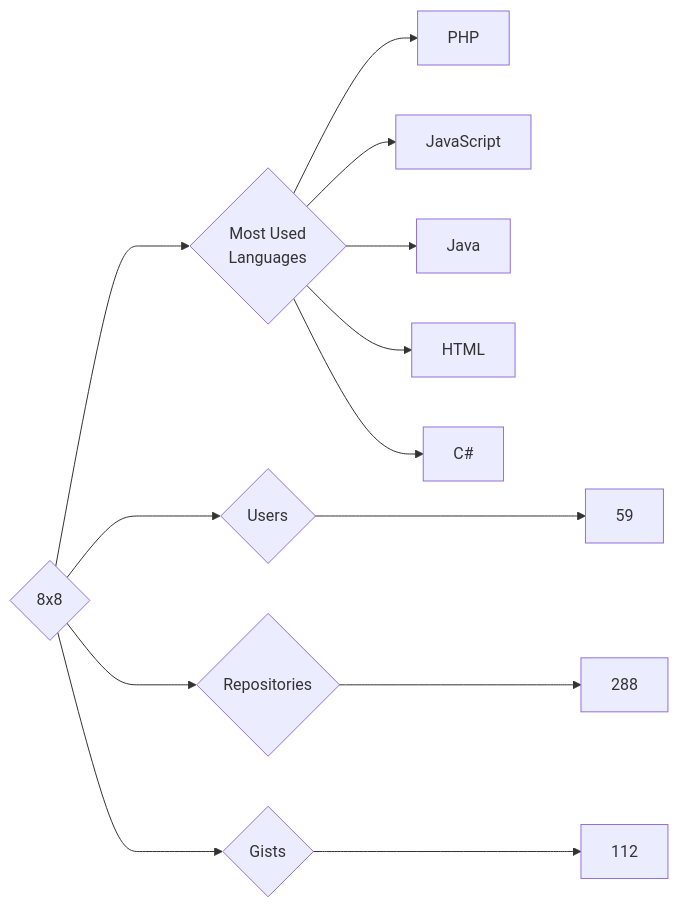
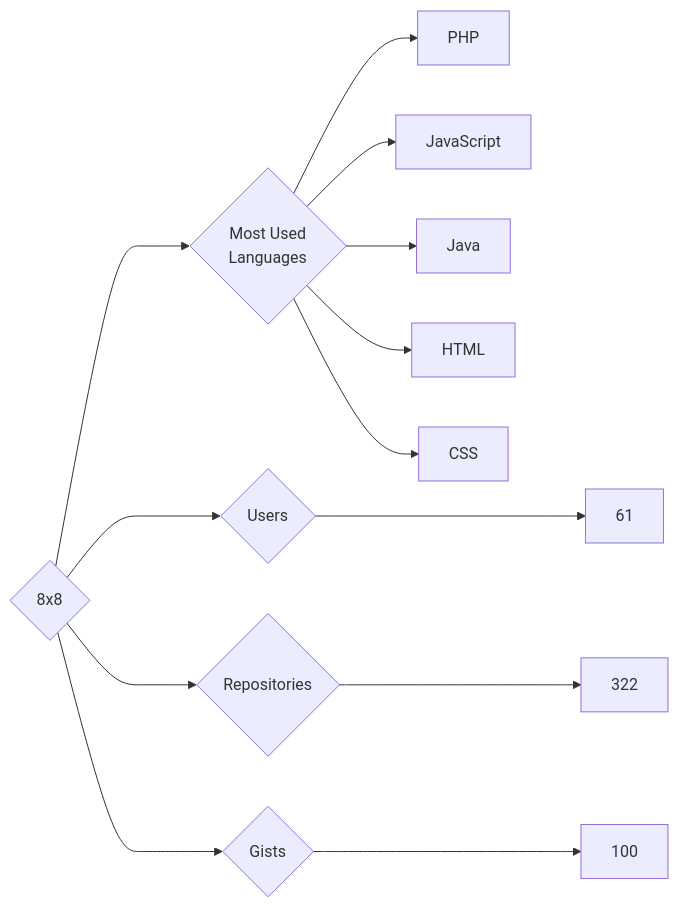
Before and after one commit to trickest/insiders: the diagram in targets/8x8/README.md, drawn with Mermaid. The commit also changed 750 other files, not shown here.

````diff
--- a/targets/8x8/README.md
+++ b/targets/8x8/README.md
@@ -3,13 +3,13 @@
 ```mermaid
 graph LR
 COMPANY_NAME{8x8}
-COMPANY_NAME ---> U{Users} ---> UN[59]
-COMPANY_NAME ---> R{Repositories} ---> RN[288]
-COMPANY_NAME ---> G{Gists} ---> GN[112]
+COMPANY_NAME ---> U{Users} ---> UN[61]
+COMPANY_NAME ---> R{Repositories} ---> RN[322]
+COMPANY_NAME ---> G{Gists} ---> GN[100]
 COMPANY_NAME ---> ML{Most Used<br>Languages}
 ML --> PHP[PHP]
 ML --> JavaScript[JavaScript]
 ML --> Java[Java]
 ML --> HTML[HTML]
-ML --> C#[C#]
+ML --> CSS[CSS]
 ```
````
